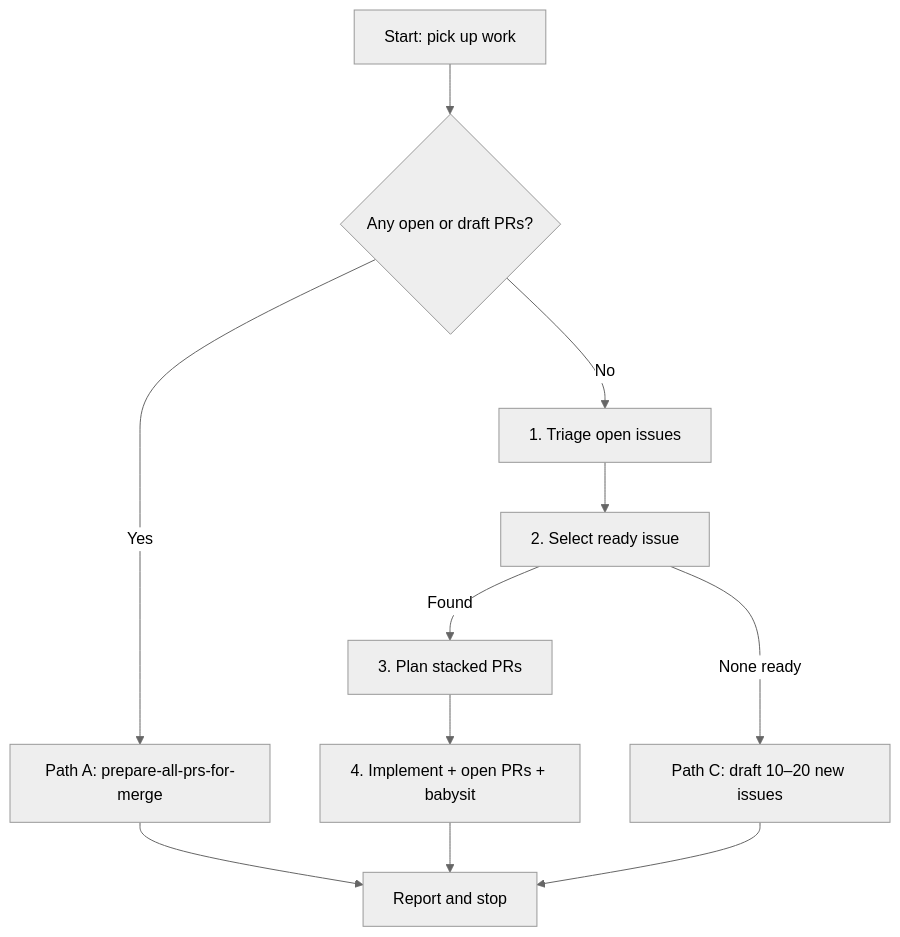
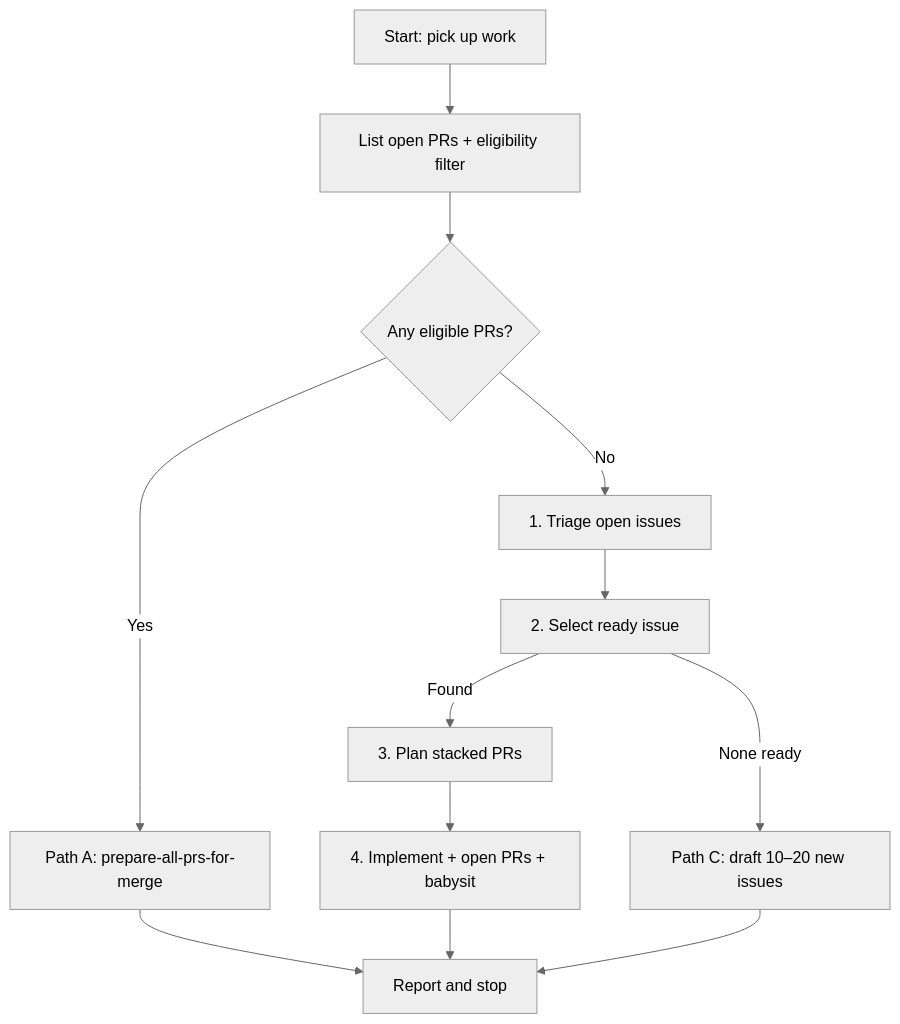
The diagram in .cursor/skills/pick-up-work-item/SKILL.md (toadslop/rtl88x2bu-linux-driver), drawn with Mermaid (neutral theme) before and after one commit. The commit also changed other lines of this file and 2 other files, not shown here.

First line of the commit message:
Address PR 293 review: Path A eligibility, blocked-PR guidance, babysit default

````diff
--- a/.cursor/skills/pick-up-work-item/SKILL.md
+++ b/.cursor/skills/pick-up-work-item/SKILL.md
@@ -51,13 +60,14 @@
 ```mermaid
 flowchart TD
-  A[Start: pick up work] --> B{Any open or draft PRs?}
-  B -->|Yes| C[Path A: prepare-all-prs-for-merge]
-  C --> Z[Report and stop]
-  B -->|No| D[1. Triage open issues]
-  D --> E[2. Select ready issue]
-  E -->|Found| F[3. Plan stacked PRs]
-  F --> G[4. Implement + open PRs + babysit]
-  G --> Z
-  E -->|None ready| H[Path C: draft 10–20 new issues]
+  A[Start: pick up work] --> B[List open PRs + eligibility filter]
+  B --> C{Any eligible PRs?}
+  C -->|Yes| D[Path A: prepare-all-prs-for-merge]
+  D --> Z[Report and stop]
+  C -->|No| E[1. Triage open issues]
+  E --> F[2. Select ready issue]
+  F -->|Found| G[3. Plan stacked PRs]
+  G --> H[4. Implement + open PRs + babysit]
   H --> Z
+  F -->|None ready| I[Path C: draft 10–20 new issues]
+  I --> Z
 ```
````
